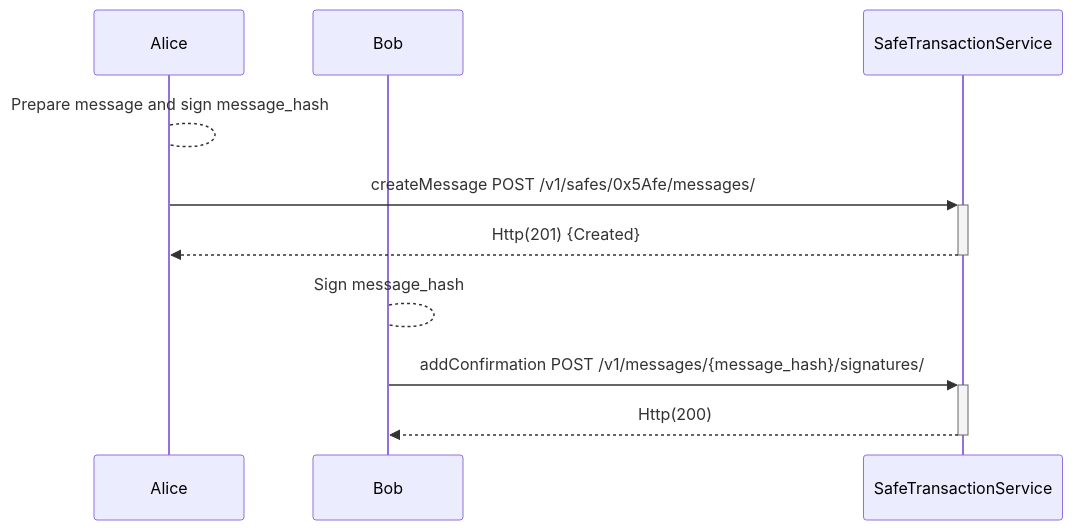
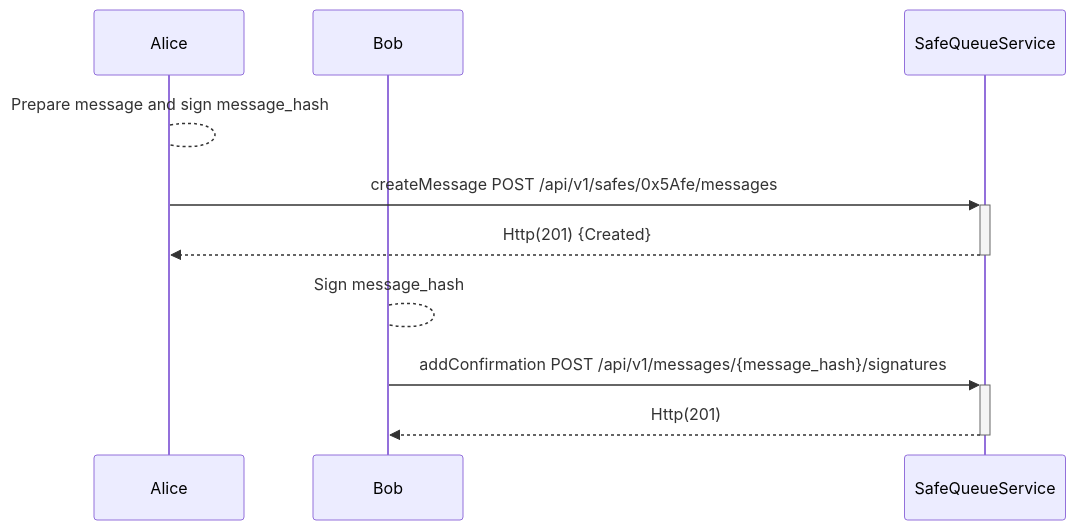
Before and after one commit to safe-global/safe-docs: the second of 2 diagrams in pages/core-api/api-safe-transaction-service.mdx, drawn with Mermaid. The commit also changed other lines of this file and 721 other files, not shown here.

First line of the commit message:
feat: add Safe Queue Service API reference (#949)

````diff
--- a/pages/core-api/api-safe-transaction-service.mdx
+++ b/pages/core-api/api-safe-transaction-service.mdx
@@ -142,11 +139,11 @@
 ``` mermaid
 sequenceDiagram
     participant A as Alice
     participant B as Bob
     A-->A: Prepare message and sign message_hash
-    A->>+SafeTransactionService: createMessage POST /v1/safes/0x5Afe/messages/
-    SafeTransactionService-->>-A: Http(201) {Created}
+    A->>+SafeQueueService: createMessage POST /api/v1/safes/0x5Afe/messages
+    SafeQueueService-->>-A: Http(201) {Created}
     B-->B: Sign message_hash
-    B->>+SafeTransactionService: addConfirmation POST /v1/messages/{message_hash}/signatures/
-    SafeTransactionService-->>-B: Http(200) 
+    B->>+SafeQueueService: addConfirmation POST /api/v1/messages/{message_hash}/signatures
+    SafeQueueService-->>-B: Http(201) 
 ```
````
